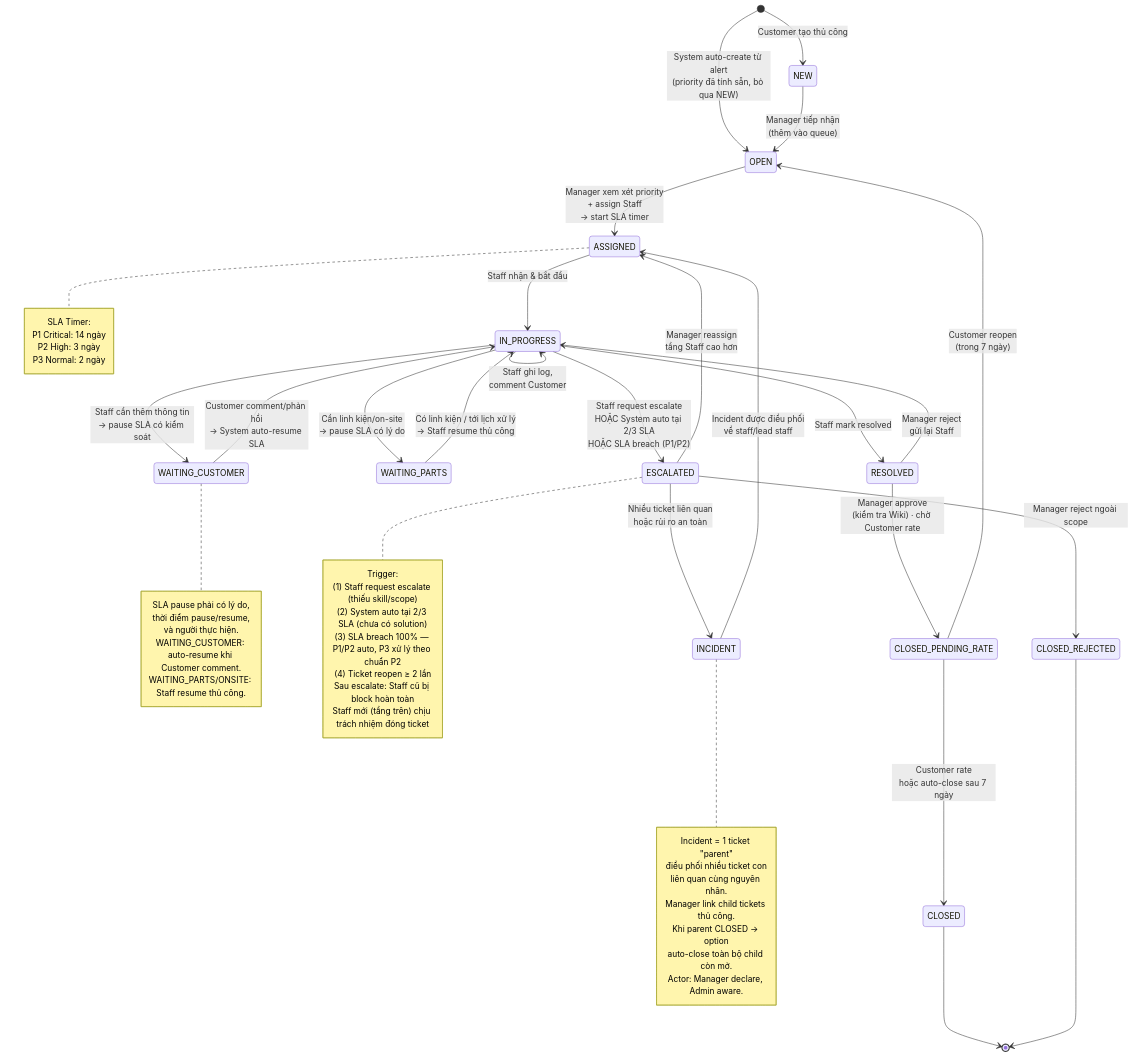
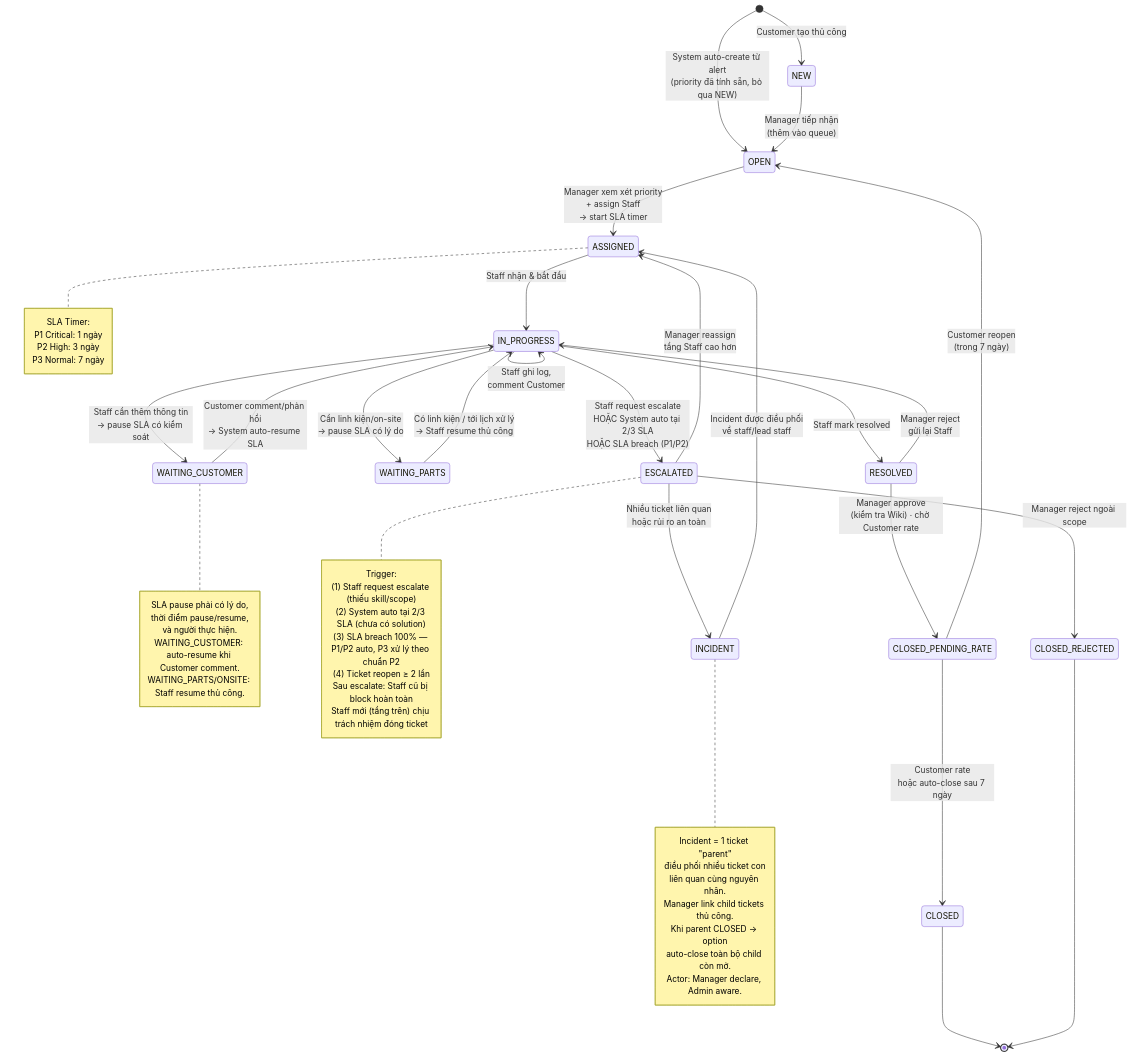
One commit to GSU26SE55/backend changed the third of 8 diagrams in .claude/docs/core-business-flow.md. Above: the diagram before and after it, drawn with Mermaid. The commit also changed other lines of this file and 29 other files, not shown here.

````diff
--- a/.claude/docs/core-business-flow.md
+++ b/.claude/docs/core-business-flow.md
@@ -244,68 +244,68 @@
 ```mermaid
 stateDiagram-v2
     [*] --> NEW : Customer tạo thủ công
     [*] --> OPEN : System auto-create từ alert<br/>(priority đã tính sẵn, bỏ qua NEW)
 
     NEW --> OPEN : Manager tiếp nhận<br/>(thêm vào queue)
     OPEN --> ASSIGNED : Manager xem xét priority<br/>+ assign Staff<br/>→ start SLA timer
 
     ASSIGNED --> IN_PROGRESS : Staff nhận & bắt đầu
     IN_PROGRESS --> IN_PROGRESS : Staff ghi log,<br/>comment Customer
 
     IN_PROGRESS --> WAITING_CUSTOMER : Staff cần thêm thông tin<br/>→ pause SLA có kiểm soát
     WAITING_CUSTOMER --> IN_PROGRESS : Customer comment/phản hồi<br/>→ System auto-resume SLA
     IN_PROGRESS --> WAITING_PARTS : Cần linh kiện/on-site<br/>→ pause SLA có lý do
     WAITING_PARTS --> IN_PROGRESS : Có linh kiện / tới lịch xử lý<br/>→ Staff resume thủ công
 
     IN_PROGRESS --> RESOLVED : Staff mark resolved
     IN_PROGRESS --> ESCALATED : Staff request escalate<br/>HOẶC System auto tại 2/3 SLA<br/>HOẶC SLA breach (P1/P2)
 
     ESCALATED --> ASSIGNED : Manager reassign<br/>tầng Staff cao hơn
     ESCALATED --> INCIDENT : Nhiều ticket liên quan<br/>hoặc rủi ro an toàn
     ESCALATED --> CLOSED_REJECTED : Manager reject ngoài scope
 
     INCIDENT --> ASSIGNED : Incident được điều phối<br/>về staff/lead staff
 
     RESOLVED --> CLOSED_PENDING_RATE : Manager approve<br/>(kiểm tra Wiki) · chờ Customer rate
     CLOSED_PENDING_RATE --> CLOSED : Customer rate<br/>hoặc auto-close sau 7 ngày
     RESOLVED --> IN_PROGRESS : Manager reject<br/>gửi lại Staff
     CLOSED_PENDING_RATE --> OPEN : Customer reopen<br/>(trong 7 ngày)
 
     CLOSED --> [*]
     CLOSED_REJECTED --> [*]
 
     note right of ASSIGNED
         SLA Timer:
-        P1 Critical: 14 ngày
+        P1 Critical: 1 ngày
         P2 High: 3 ngày
-        P3 Normal: 2 ngày
+        P3 Normal: 7 ngày
     end note
 
     note right of WAITING_CUSTOMER
         SLA pause phải có lý do,
         thời điểm pause/resume,
         và người thực hiện.
         WAITING_CUSTOMER: auto-resume khi Customer comment.
         WAITING_PARTS/ONSITE: Staff resume thủ công.
     end note
 
     note right of ESCALATED
         Trigger:
         (1) Staff request escalate (thiếu skill/scope)
         (2) System auto tại 2/3 SLA (chưa có solution)
         (3) SLA breach 100% — P1/P2 auto, P3 xử lý theo chuẩn P2
         (4) Ticket reopen ≥ 2 lần
         Sau escalate: Staff cũ bị block hoàn toàn
         Staff mới (tầng trên) chịu trách nhiệm đóng ticket
     end note
 
     note right of INCIDENT
         Incident = 1 ticket "parent"
         điều phối nhiều ticket con
         liên quan cùng nguyên nhân.
         Manager link child tickets thủ công.
         Khi parent CLOSED → option
         auto-close toàn bộ child còn mở.
         Actor: Manager declare, Admin aware.
     end note
 ```
````
